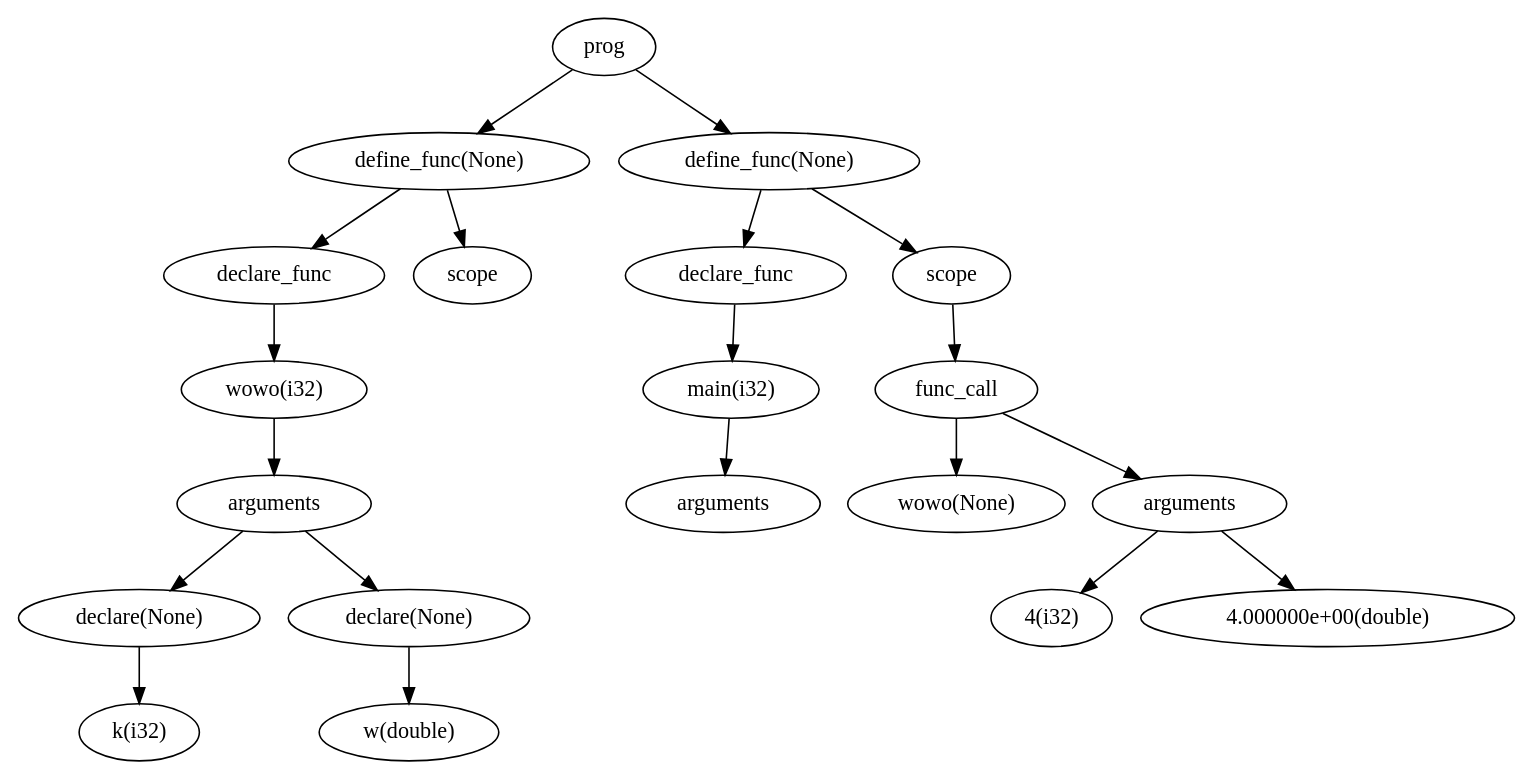
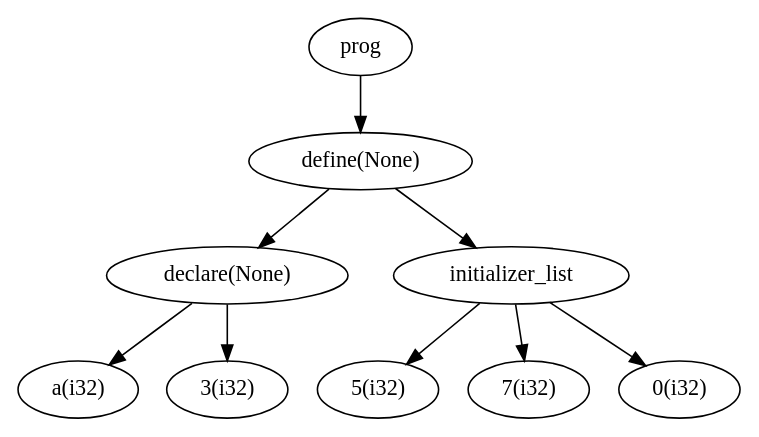
Before and after one commit to sampieters/compiler: the diagram in AST.dot, drawn with Graphviz. The commit also changed 11 other files, not shown here.

```diff
--- a/AST.dot
+++ b/AST.dot
@@ -1,41 +1,19 @@
 digraph AST {
 	node0[label="prog"]
-	node1[label="define_func(None)"]
+	node1[label="define(None)"]
 	node0->node1
-	node2[label="declare_func"]
+	node2[label="declare(None)"]
 	node1->node2
-	node3[label="wowo(i32)"]
+	node3[label="a(i32)"]
 	node2->node3
-	node4[label="arguments"]
-	node3->node4
-	node5[label="declare(None)"]
-	node4->node5
-	node6[label="k(i32)"]
+	node4[label="3(i32)"]
+	node2->node4
+	node5[label="initializer_list"]
+	node1->node5
+	node6[label="5(i32)"]
 	node5->node6
-	node7[label="declare(None)"]
-	node4->node7
-	node8[label="w(double)"]
-	node7->node8
-	node9[label="scope"]
-	node1->node9
-	node10[label="define_func(None)"]
-	node0->node10
-	node11[label="declare_func"]
-	node10->node11
-	node12[label="main(i32)"]
-	node11->node12
-	node13[label="arguments"]
-	node12->node13
-	node14[label="scope"]
-	node10->node14
-	node15[label="func_call"]
-	node14->node15
-	node16[label="wowo(None)"]
-	node15->node16
-	node17[label="arguments"]
-	node15->node17
-	node18[label="4(i32)"]
-	node17->node18
-	node19[label="4.000000e+00(double)"]
-	node17->node19
+	node7[label="7(i32)"]
+	node5->node7
+	node8[label="0(i32)"]
+	node5->node8
 }
```
